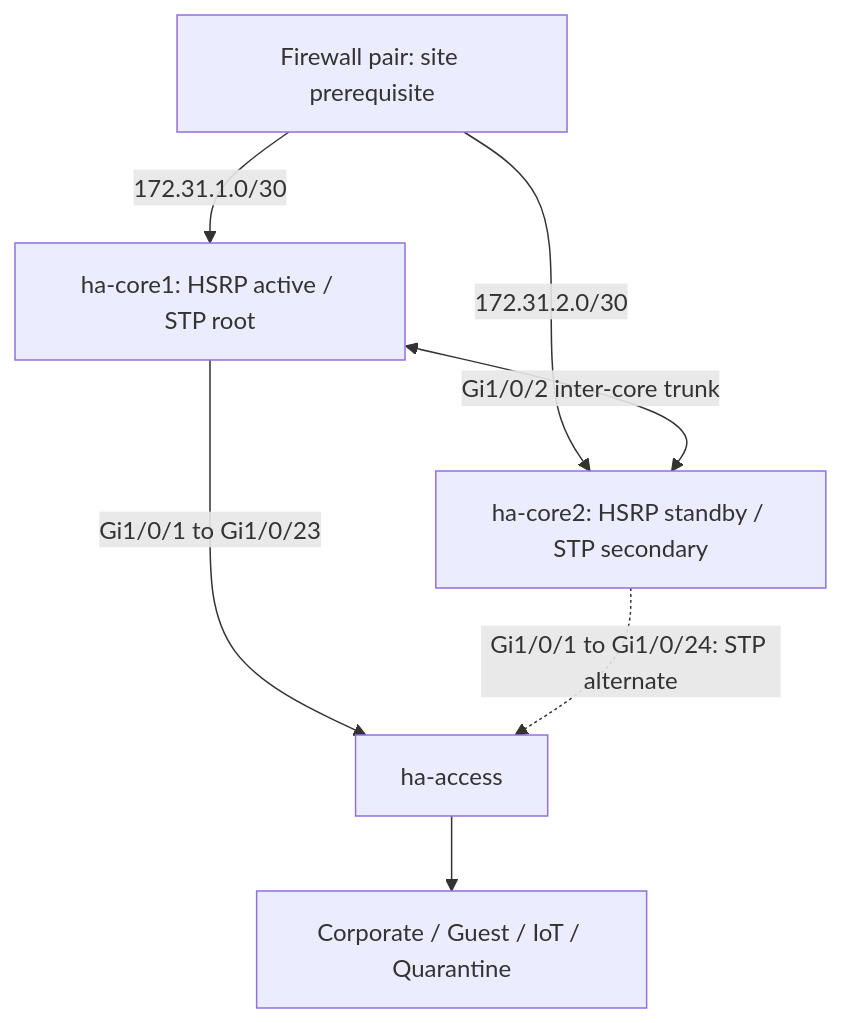
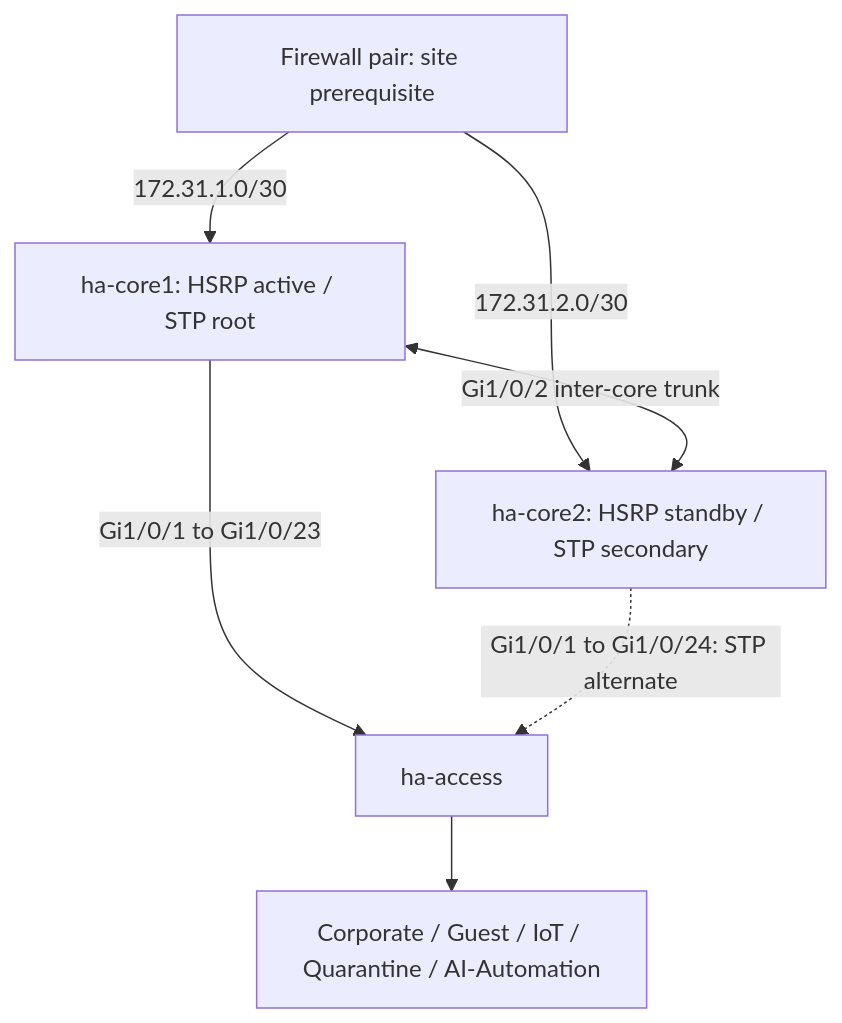
One commit to PaulinoTech1/Vlan-segementation changed the third of 6 diagrams in README.md. Above: the diagram before and after it, drawn with Mermaid. The commit also changed other lines of this file and 32 other files, not shown here.

````diff
--- a/README.md
+++ b/README.md
@@ -38,10 +46,10 @@
 ```mermaid
 flowchart TD
     FW[Firewall pair: site prerequisite]
     FW -->|172.31.1.0/30| C1[ha-core1: HSRP active / STP root]
     FW -->|172.31.2.0/30| C2[ha-core2: HSRP standby / STP secondary]
     C1 <-->|Gi1/0/2 inter-core trunk| C2
     C1 -->|Gi1/0/1 to Gi1/0/23| A[ha-access]
     C2 -.->|Gi1/0/1 to Gi1/0/24: STP alternate| A
-    A --> E[Corporate / Guest / IoT / Quarantine]
+    A --> E[Corporate / Guest / IoT / Quarantine / AI-Automation]
 ```
````
